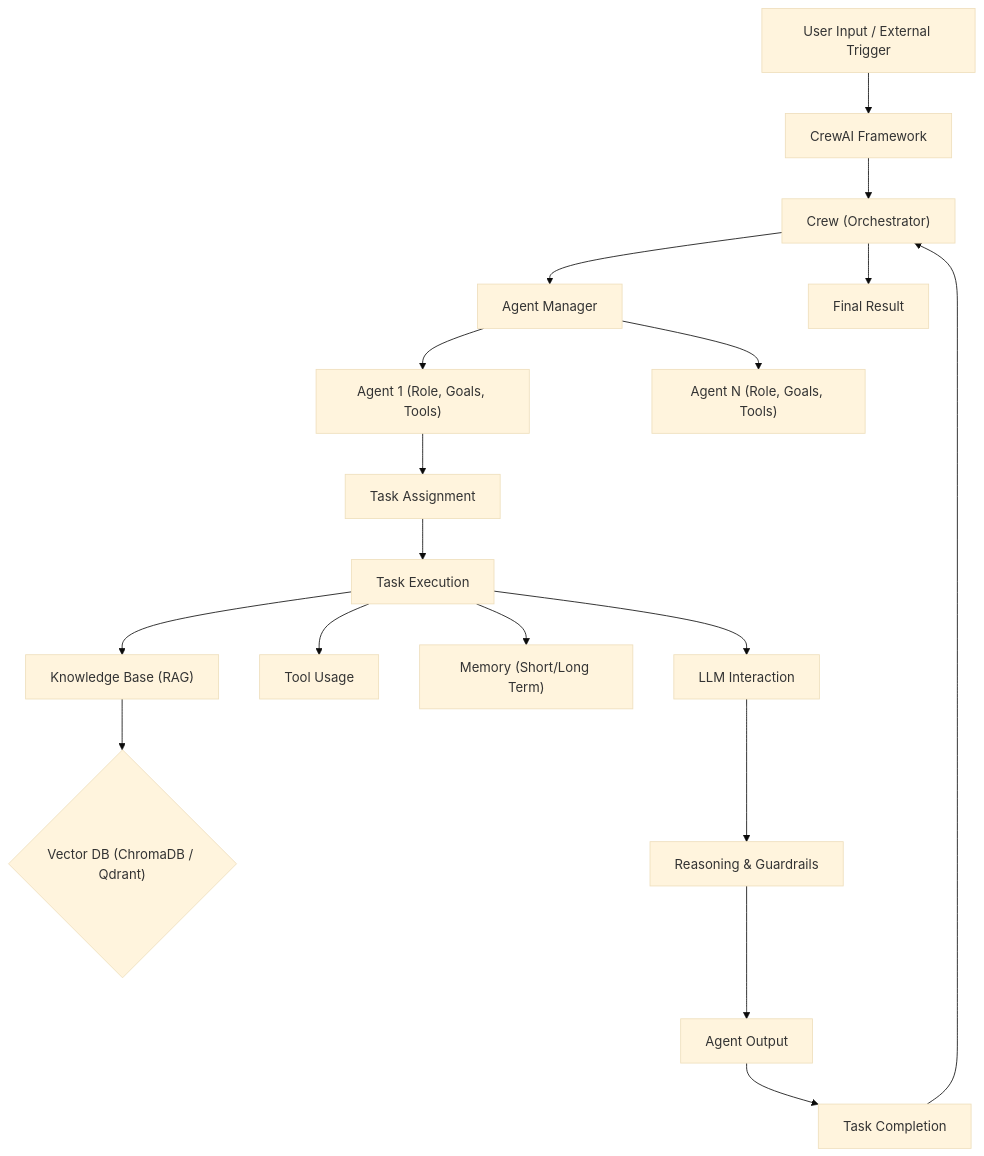
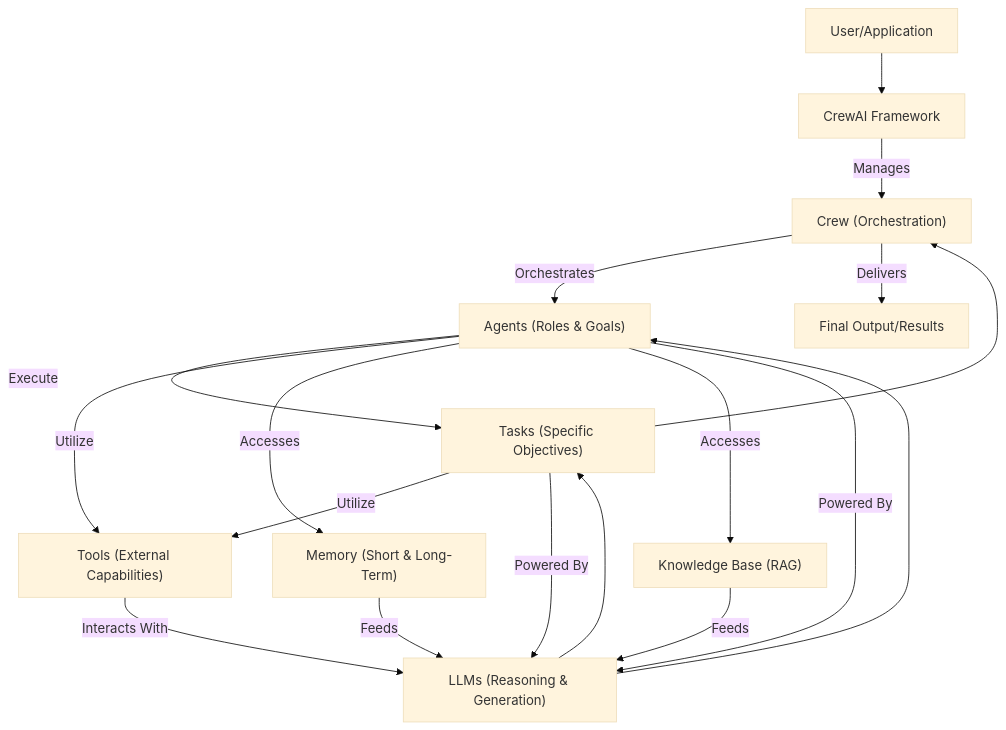
Before and after one commit to grewal16/crewAI: the diagram in README.md, drawn with Mermaid (base theme). The commit also changed other lines of this file, not shown here.

````diff
--- a/README.md
+++ b/README.md
@@ -55,29 +42,28 @@
 ```mermaid
 graph TD
-    User_Input["User Input / External Trigger"] --> CrewAI_Framework["CrewAI Framework"];
+    A["User/Application"] --> B["CrewAI Framework"];
 
-    CrewAI_Framework --> Crew_Instance["Crew (Orchestrator)"];
-    
-    Crew_Instance --> Agent_Manager["Agent Manager"];
-    Agent_Manager --> Agent_1["Agent 1 (Role, Goals, Tools)"];
-    Agent_Manager --> Agent_N["Agent N (Role, Goals, Tools)"];
+    B -- Manages --> C["Crew (Orchestration)"];
 
-    Agent_1 --> Task_Assignment["Task Assignment"];
-    Task_Assignment --> Task_Execution["Task Execution"];
+    C -- Orchestrates --> D["Agents (Roles & Goals)"];
 
-    Task_Execution --> LLM_Interaction["LLM Interaction"];
-    Task_Execution --> Tool_Usage["Tool Usage"];
-    Task_Execution --> Memory_Access["Memory (Short/Long Term)"];
-    Task_Execution --> Knowledge_Retrieval["Knowledge Base (RAG)"];
+    D -- Execute --> E["Tasks (Specific Objectives)"];
 
-    Knowledge_Retrieval --> Vector_DB{"Vector DB (ChromaDB / Qdrant)"};
+    E -- Utilize --> F["Tools (External Capabilities)"];
+    D -- Utilize --> F;
 
-    LLM_Interaction --> Reasoning_Guardrails["Reasoning & Guardrails"];
+    D -- Accesses --> G["Memory (Short & Long-Term)"];
+    D -- Accesses --> H["Knowledge Base (RAG)"];
 
-    Reasoning_Guardrails --> Agent_Output["Agent Output"];
-    Agent_Output --> Task_Completion["Task Completion"];
+    D -- Powered By --> I["LLMs (Reasoning & Generation)"];
+    E -- Powered By --> I;
+    F -- Interacts With --> I;
+    G -- Feeds --> I;
+    H -- Feeds --> I;
 
-    Task_Completion --> Crew_Instance;
-    Crew_Instance --> Final_Result["Final Result"];
+    I --> D;
+    I --> E;
 
+    E --> C;
+    C -- Delivers --> J["Final Output/Results"];
 ```
````
